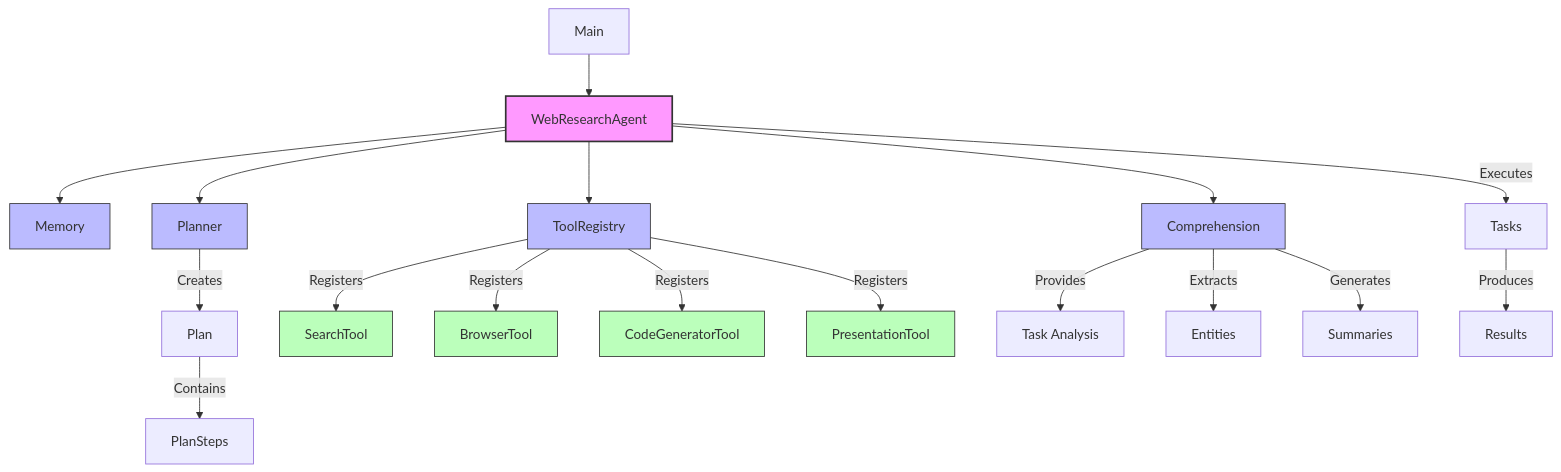
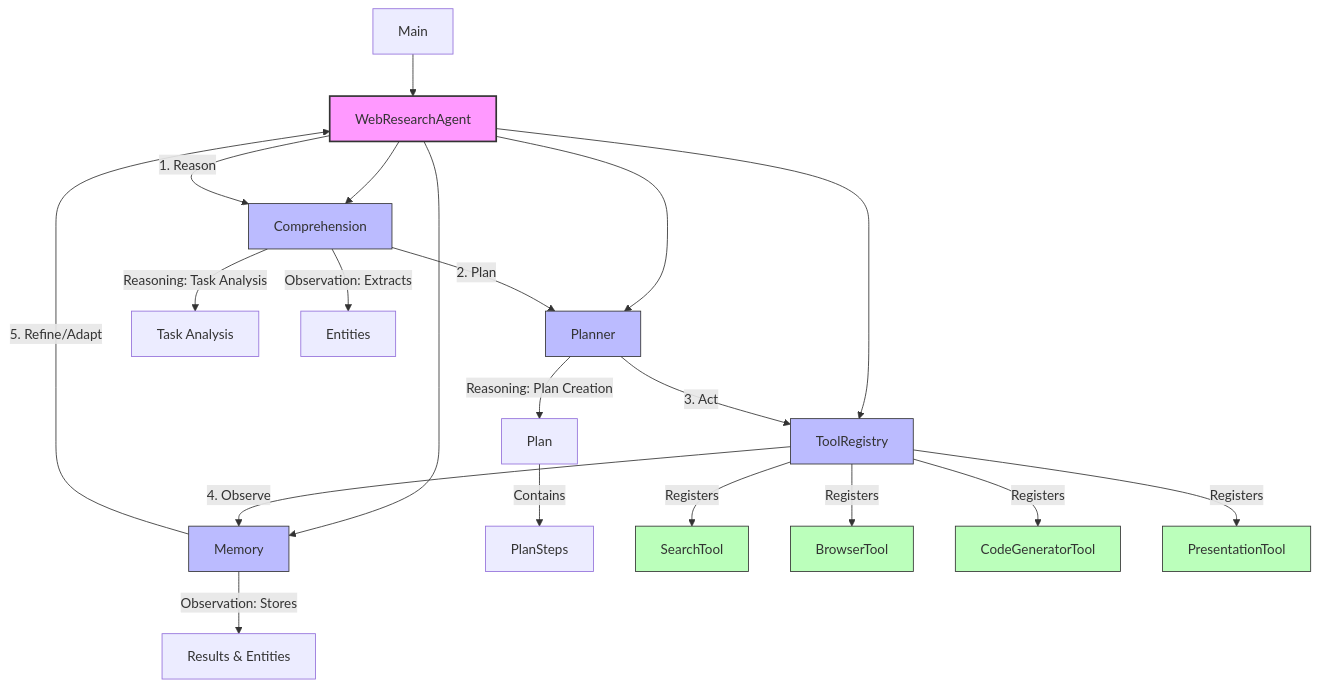
The diagram in README.md (ashioyajotham/web_research_agent), drawn with Mermaid before and after one commit. The commit also changed other lines of this file and 7 other files, not shown here.

````diff
--- a/README.md
+++ b/README.md
@@ -17,33 +21,40 @@
 ```mermaid
 graph TD
     A[Main] --> B[WebResearchAgent]
     B --> C1[Memory]
     B --> C2[Planner]
     B --> C3[Comprehension]
     B --> C4[ToolRegistry]
     
-    C2 -->|Creates| D[Plan]
+    %% ReAct: Reasoning component
+    C3 -->|"Reasoning: Task Analysis"| G1[Task Analysis]
+    C2 -->|"Reasoning: Plan Creation"| D[Plan]
     D -->|Contains| E[PlanSteps]
     
+    %% ReAct: Acting component
     C4 -->|Registers| F1[SearchTool]
     C4 -->|Registers| F2[BrowserTool]
     C4 -->|Registers| F3[CodeGeneratorTool]
     C4 -->|Registers| F4[PresentationTool]
     
-    C3 -->|Provides| G1[Task Analysis]
-    C3 -->|Extracts| G2[Entities]
-    C3 -->|Generates| G3[Summaries]
+    %% ReAct: Observation component
+    C3 -->|"Observation: Extracts"| G2[Entities]
+    C1 -->|"Observation: Stores"| M1[Results & Entities]
     
-    B -->|Executes| H[Tasks]
-    H -->|Produces| I[Results]
+    %% ReAct: Iteration cycle
+    B -->|"1. Reason"| C3
+    C3 -->|"2. Plan"| C2
+    C2 -->|"3. Act"| C4
+    C4 -->|"4. Observe"| C1
+    C1 -->|"5. Refine/Adapt"| B
     
     style B fill:#f9f,stroke:#333,stroke-width:2px
     style C1 fill:#bbf,stroke:#333
     style C2 fill:#bbf,stroke:#333
     style C3 fill:#bbf,stroke:#333
     style C4 fill:#bbf,stroke:#333
     style F1 fill:#bfb,stroke:#333
     style F2 fill:#bfb,stroke:#333
     style F3 fill:#bfb,stroke:#333
     style F4 fill:#bfb,stroke:#333
 ```
````
